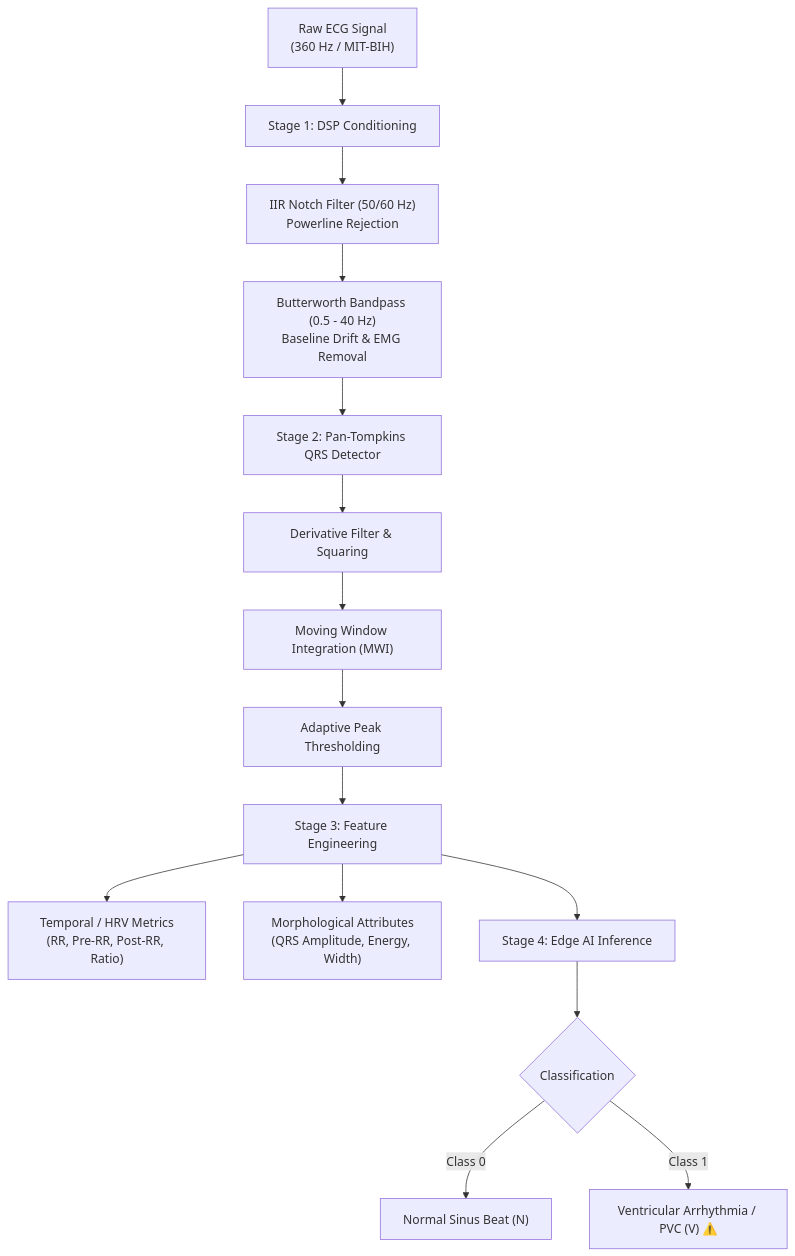
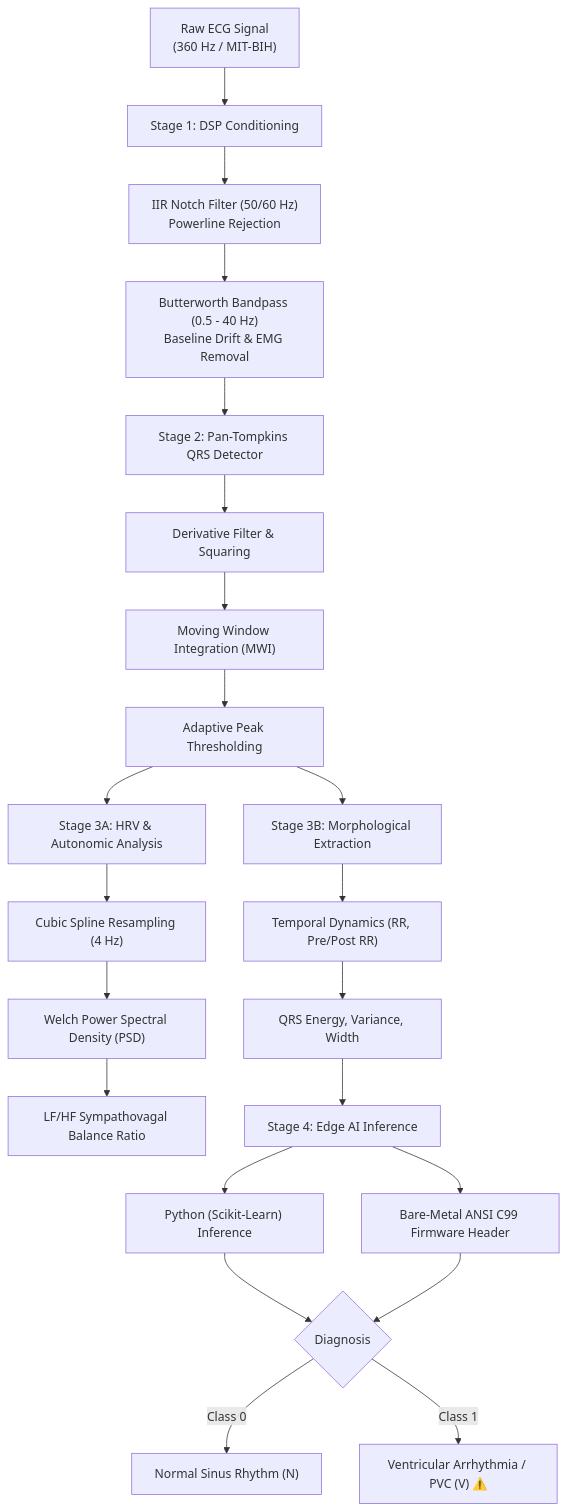
Before and after one commit to hosseinnosrati/edge-ecg-monitor: the diagram in README.md, drawn with Mermaid. The commit also changed other lines of this file and 7 other files, not shown here.

Commit message:
feat: add Welch PSD spectral HRV analysis, Streamlit UI, and C99 firmware exporter

````diff
--- a/README.md
+++ b/README.md
@@ -28,17 +29,24 @@
 ```mermaid
 flowchart TD
     A["Raw ECG Signal<br/>(360 Hz / MIT-BIH)"] --> B["Stage 1: DSP Conditioning"]
     B --> B1["IIR Notch Filter (50/60 Hz)<br/>Powerline Rejection"]
     B1 --> B2["Butterworth Bandpass (0.5 - 40 Hz)<br/>Baseline Drift & EMG Removal"]
     B2 --> C["Stage 2: Pan-Tompkins QRS Detector"]
     C --> C1["Derivative Filter & Squaring"]
     C1 --> C2["Moving Window Integration (MWI)"]
     C2 --> C3["Adaptive Peak Thresholding"]
-    C3 --> D["Stage 3: Feature Engineering"]
-    D --> D1["Temporal / HRV Metrics<br/>(RR, Pre-RR, Post-RR, Ratio)"]
-    D --> D2["Morphological Attributes<br/>(QRS Amplitude, Energy, Width)"]
-    D --> E["Stage 4: Edge AI Inference"]
-    E --> F{"Classification"}
-    F -->|"Class 0"| G["Normal Sinus Beat (N)"]
-    F -->|"Class 1"| H["Ventricular Arrhythmia / PVC (V) ⚠️"]
+    C3 --> D1["Stage 3A: HRV & Autonomic Analysis"]
+    D1 --> D11["Cubic Spline Resampling (4 Hz)"]
+    D11 --> D12["Welch Power Spectral Density (PSD)"]
+    D12 --> D13["LF/HF Sympathovagal Balance Ratio"]
+    C3 --> D2["Stage 3B: Morphological Extraction"]
+    D2 --> D21["Temporal Dynamics (RR, Pre/Post RR)"]
+    D21 --> D22["QRS Energy, Variance, Width"]
+    D22 --> E["Stage 4: Edge AI Inference"]
+    E --> F1["Python (Scikit-Learn) Inference"]
+    E --> F2["Bare-Metal ANSI C99 Firmware Header"]
+    F1 --> G{"Diagnosis"}
+    F2 --> G
+    G -->|"Class 0"| H["Normal Sinus Rhythm (N)"]
+    G -->|"Class 1"| I["Ventricular Arrhythmia / PVC (V) ⚠️"]
 ```
````
